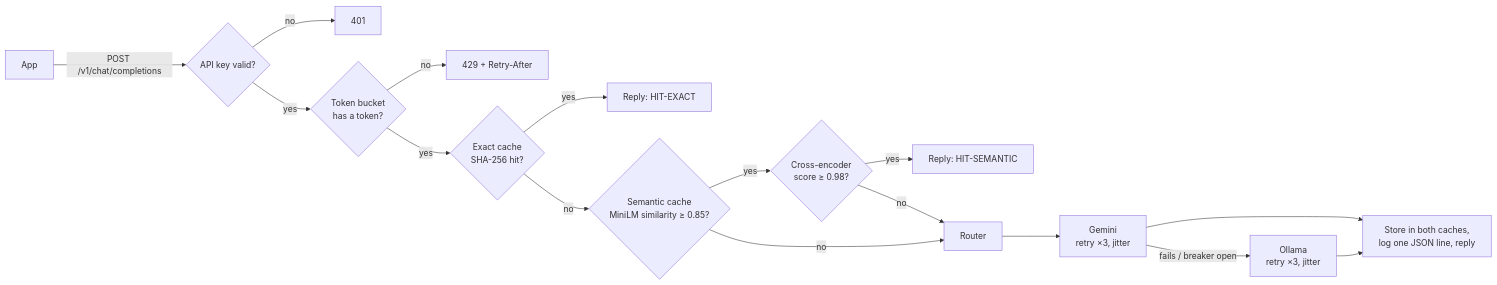
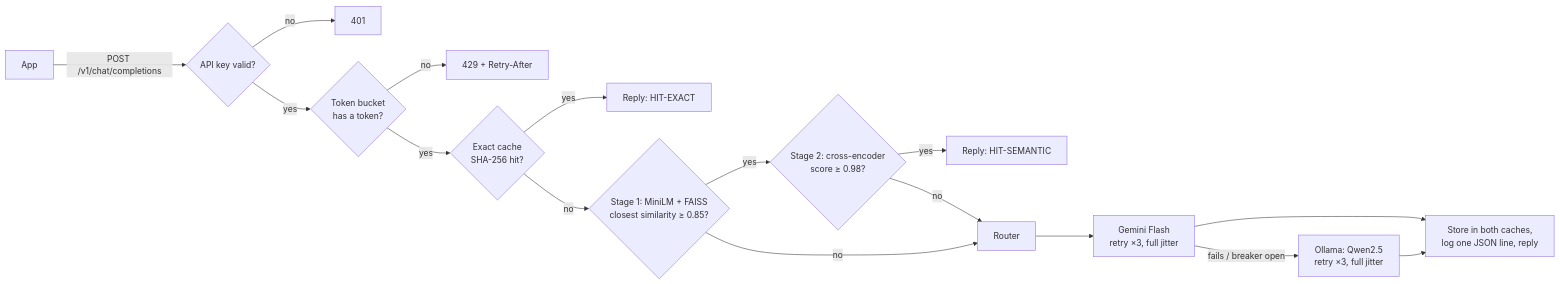
Before and after one commit to nivi9944/llm-gateway: the diagram in README.md, drawn with Mermaid. The commit also changed other lines of this file and 18 other files, not shown here.

````diff
--- a/README.md
+++ b/README.md
@@ -18,18 +47,18 @@
 ```mermaid
 flowchart LR
     A[App] -->|POST /v1/chat/completions| B{API key valid?}
     B -- no --> R401[401]
     B -- yes --> C{Token bucket<br/>has a token?}
     C -- no --> R429[429 + Retry-After]
     C -- yes --> D{Exact cache<br/>SHA-256 hit?}
     D -- yes --> HIT1[Reply: HIT-EXACT]
-    D -- no --> E{Semantic cache<br/>MiniLM similarity ≥ 0.85?}
-    E -- yes --> V{Cross-encoder<br/>score ≥ 0.98?}
+    D -- no --> E{Stage 1: MiniLM + FAISS<br/>closest similarity ≥ 0.85?}
+    E -- yes --> V{Stage 2: cross-encoder<br/>score ≥ 0.98?}
     V -- yes --> HIT2[Reply: HIT-SEMANTIC]
-    V -- no --> F
-    E -- no --> F[Router]
-    F --> G[Gemini<br/>retry ×3, jitter]
-    G -- fails / breaker open --> H[Ollama<br/>retry ×3, jitter]
+    V -- no --> F[Router]
+    E -- no --> F
+    F --> G[Gemini Flash<br/>retry ×3, full jitter]
+    G -- fails / breaker open --> H[Ollama: Qwen2.5<br/>retry ×3, full jitter]
     G --> S[Store in both caches,<br/>log one JSON line, reply]
     H --> S
 ```
````
